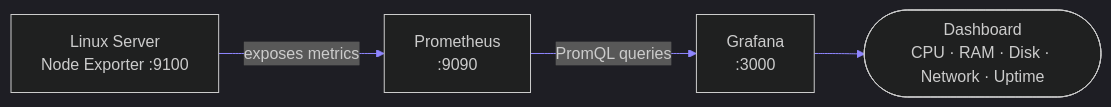
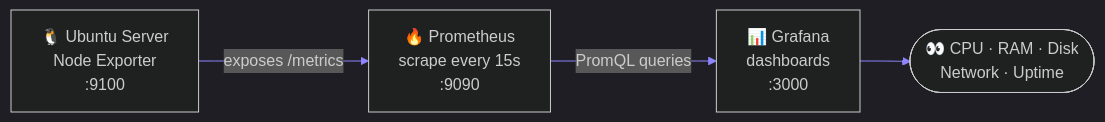
One commit to rafan-coder/linux-server-monitoring changed the first of 3 diagrams in README.md. Above: the diagram before and after it, drawn with Mermaid. The commit also changed other lines of this file, not shown here.

````diff
--- a/README.md
+++ b/README.md
@@ -38,7 +50,7 @@
 ```mermaid
-%%{init: {'theme':'dark','themeVariables':{'primaryColor':'#0F1B33','primaryTextColor':'#E9EFFA','primaryBorderColor':'#5CD6F0','lineColor':'#8F86FF'}}}%%
+%%{init: {'theme':'dark','themeVariables':{'primaryColor':'#0F1B33','primaryTextColor':'#E9EFFA','primaryBorderColor':'#5CD6F0','lineColor':'#8F86FF','fontFamily':'monospace'}}}%%
 flowchart LR
-    A["Linux Server<br/>Node Exporter :9100"] -->|"exposes metrics"| B["Prometheus<br/>:9090"]
-    B -->|"PromQL queries"| C["Grafana<br/>:3000"]
-    C --> D(["Dashboard<br/>CPU · RAM · Disk · Network · Uptime"])
+    A["🐧 Ubuntu Server<br/>Node Exporter<br/>:9100"] -->|"exposes /metrics"| B["🔥 Prometheus<br/>scrape every 15s<br/>:9090"]
+    B -->|"PromQL queries"| C["📊 Grafana<br/>dashboards<br/>:3000"]
+    C --> D(["👀 CPU · RAM · Disk<br/>Network · Uptime"])
 ```
````
